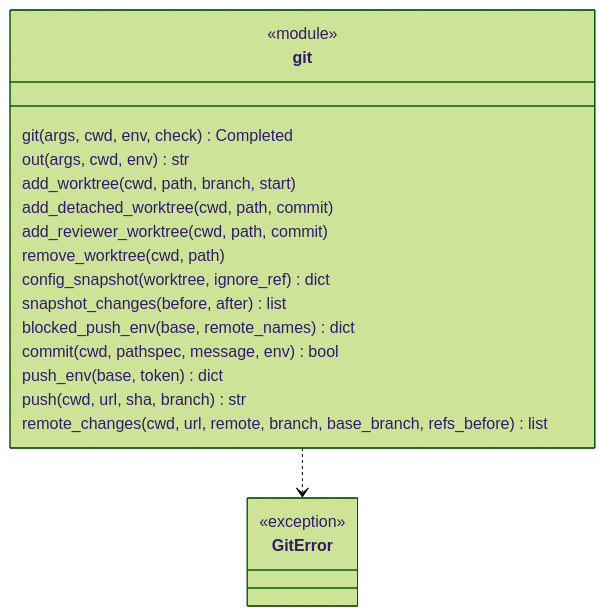
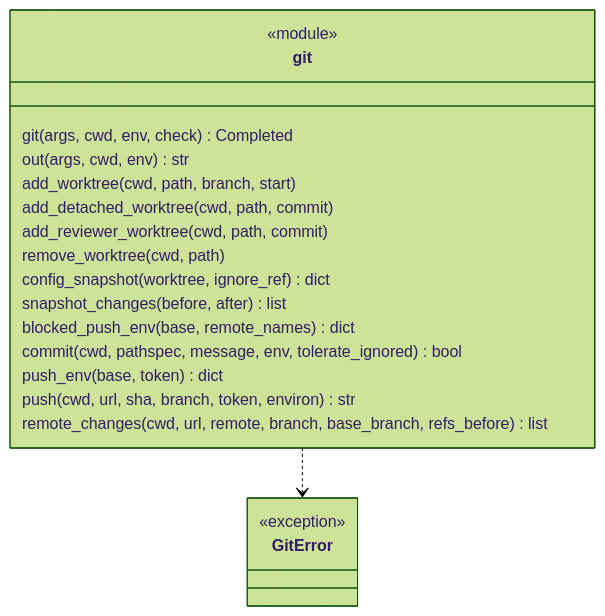
Before and after one commit to plaplanche/ariane: the second of 3 diagrams in docs/architecture/modules/git.md, drawn with Mermaid (forest theme). The commit also changed other lines of this file and 3 other files, not shown here.

````diff
--- a/docs/architecture/modules/git.md
+++ b/docs/architecture/modules/git.md
@@ -82,23 +80,23 @@
 ```mermaid
 classDiagram
 class GitError {
   <<exception>>
 }
 class git {
   <<module>>
   git(args, cwd, env, check) Completed
   out(args, cwd, env) str
   add_worktree(cwd, path, branch, start)
   add_detached_worktree(cwd, path, commit)
   add_reviewer_worktree(cwd, path, commit)
   remove_worktree(cwd, path)
   config_snapshot(worktree, ignore_ref) dict
   snapshot_changes(before, after) list
   blocked_push_env(base, remote_names) dict
-  commit(cwd, pathspec, message, env) bool
+  commit(cwd, pathspec, message, env, tolerate_ignored) bool
   push_env(base, token) dict
-  push(cwd, url, sha, branch) str
+  push(cwd, url, sha, branch, token, environ) str
   remote_changes(cwd, url, remote, branch, base_branch, refs_before) list
 }
 git ..> GitError
 ```
````
